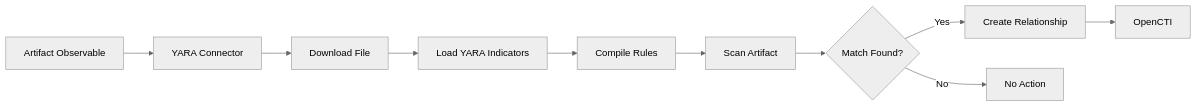
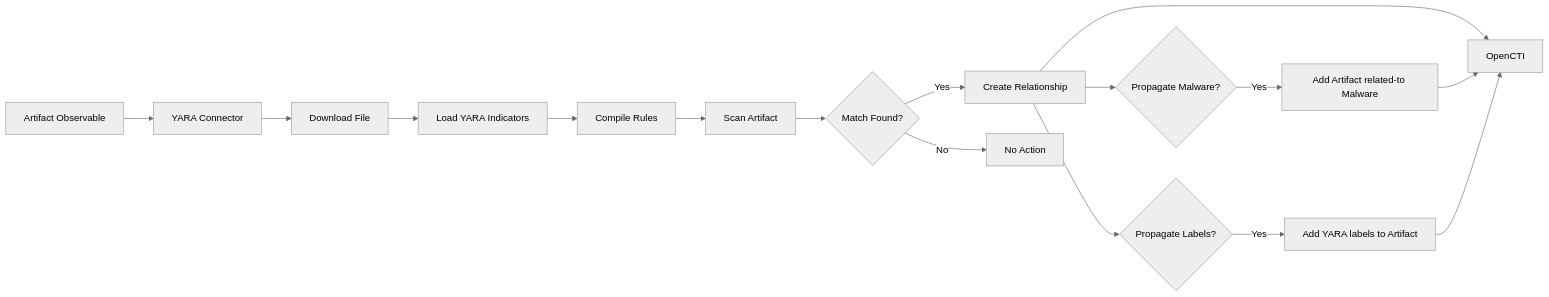
Before and after one commit to OpenCTI-Platform/connectors: the diagram in internal-enrichment/yara/README.md, drawn with Mermaid (neutral theme). The commit also changed other lines of this file and 5 other files, not shown here.

First line of the commit message:
[yara] Propagate Malware relationships and labels from Indicators to matching Artifacts

````diff
--- a/internal-enrichment/yara/README.md
+++ b/internal-enrichment/yara/README.md
@@ -118,12 +131,18 @@
 ```mermaid
 flowchart LR
     A[Artifact Observable] --> B[YARA Connector]
     B --> C[Download File]
     C --> D[Load YARA Indicators]
     D --> E[Compile Rules]
     E --> F[Scan Artifact]
     F --> G{Match Found?}
     G -->|Yes| H[Create Relationship]
     G -->|No| I[No Action]
-    H --> J[OpenCTI]
+    H --> J{Propagate Malware?}
+    H --> K{Propagate Labels?}
+    J -->|Yes| L[Add Artifact related-to Malware]
+    K -->|Yes| M[Add YARA labels to Artifact]
+    H --> N[OpenCTI]
+    L --> N
+    M --> N
 ```
````
